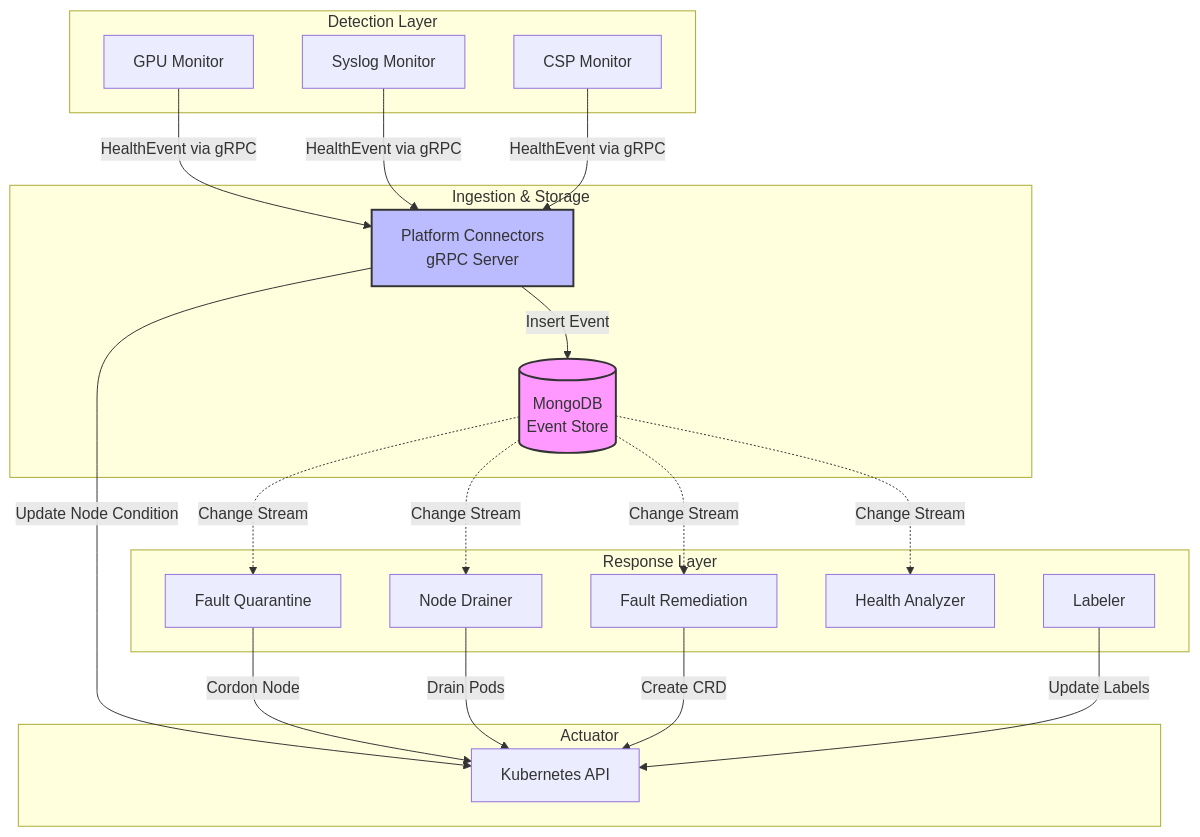
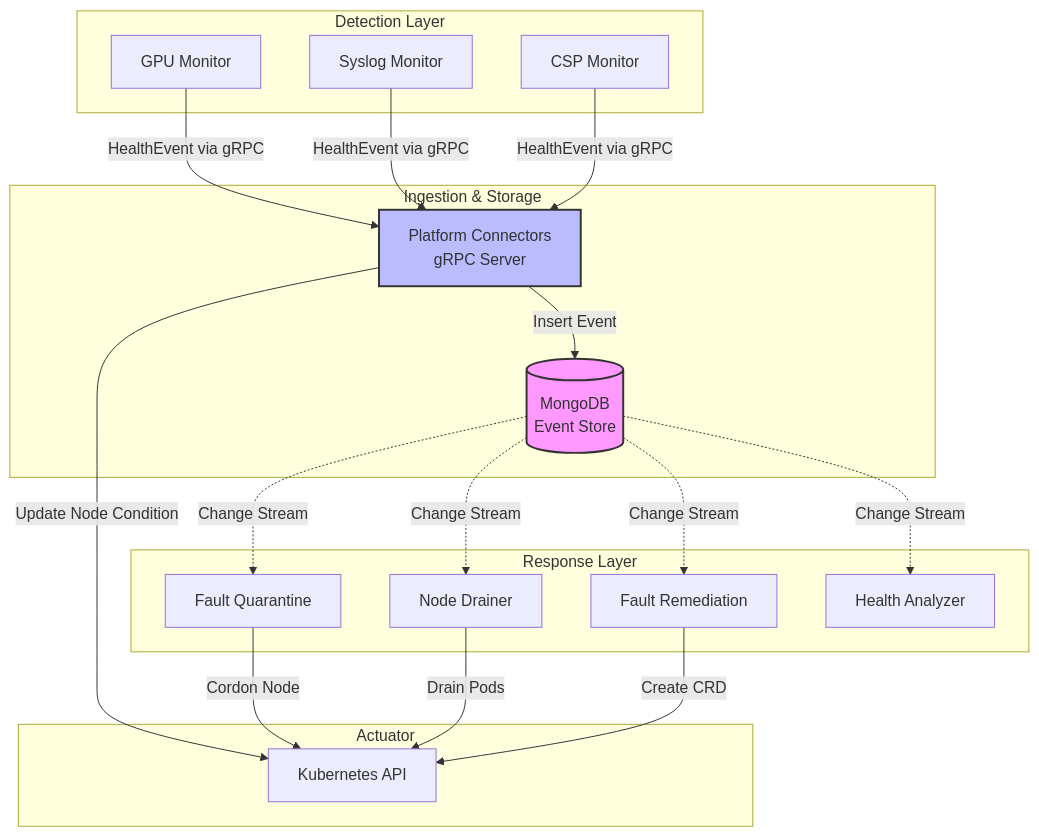
Before and after one commit to NVIDIA/NVSentinel: the first of 3 diagrams in docs/DATA_FLOW.md, drawn with Mermaid. The commit also changed other lines of this file, not shown here.

````diff
--- a/docs/DATA_FLOW.md
+++ b/docs/DATA_FLOW.md
@@ -24,45 +24,43 @@
 ```mermaid
 graph TB
     subgraph "Detection Layer"
         GPU[GPU Monitor]
         SYS[Syslog Monitor]
         CSP[CSP Monitor]
     end
     
     subgraph "Ingestion & Storage"
         PC[Platform Connectors<br/>gRPC Server]
         DB[(MongoDB<br/>Event Store)]
     end
     
     subgraph "Response Layer"
         FQ[Fault Quarantine]
         ND[Node Drainer]
         FR[Fault Remediation]
         HEA[Health Analyzer]
-        LBL[Labeler]
     end
     
     subgraph "Actuator"
         K8S[Kubernetes API]
     end
     
     GPU -->|HealthEvent via gRPC| PC
     SYS -->|HealthEvent via gRPC| PC
     CSP -->|HealthEvent via gRPC| PC
     
     PC -->|Insert Event| DB
     PC -->|Update Node Condition| K8S
     
     DB -.->|Change Stream| FQ
     DB -.->|Change Stream| ND
     DB -.->|Change Stream| FR
     DB -.->|Change Stream| HEA
     
     FQ -->|Cordon Node| K8S
     ND -->|Drain Pods| K8S
     FR -->|Create CRD| K8S
-    LBL -->|Update Labels| K8S
     
     style DB fill:#f9f,stroke:#333,stroke-width:2px
     style PC fill:#bbf,stroke:#333,stroke-width:2px
 ```
````
